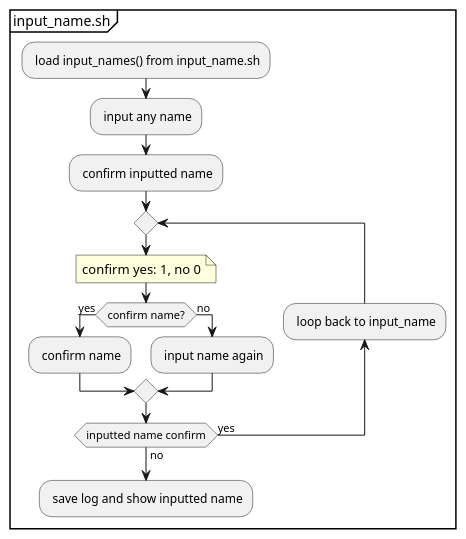
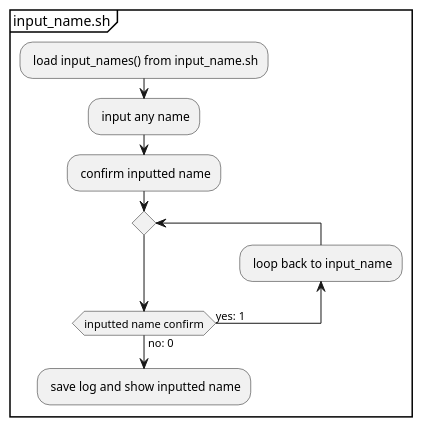
One commit to Jumacde/shellscript_loadname changed the diagram in docs/main-script-flow_activity/input-name_process.puml. Above: the diagram before and after it, drawn with PlantUML. The commit also changed 1 other file, not shown here.

Commit message:
edit input name process of the activity-diagram

```diff
--- a/docs/main-script-flow_activity/input-name_process.puml
+++ b/docs/main-script-flow_activity/input-name_process.puml
@@ -1,19 +1,10 @@
 partition input_name.sh {
 	: load input_names() from input_name.sh;
 	: input any name;
 	: confirm inputted name;
 	
 	repeat
-	note right
-	confirm yes: 1, no 0
-	end note
-	
-	if (confirm name?) then (yes)
-		: confirm name; 
-	else (no)
-		: input name again;
-	endif
 	backward: loop back to input_name;
-	repeat while(inputted name confirm) is (yes) not (no);
+	repeat while(inputted name confirm) is (yes: 1) not (no: 0);
 	: save log and show inputted name;
 }
```
